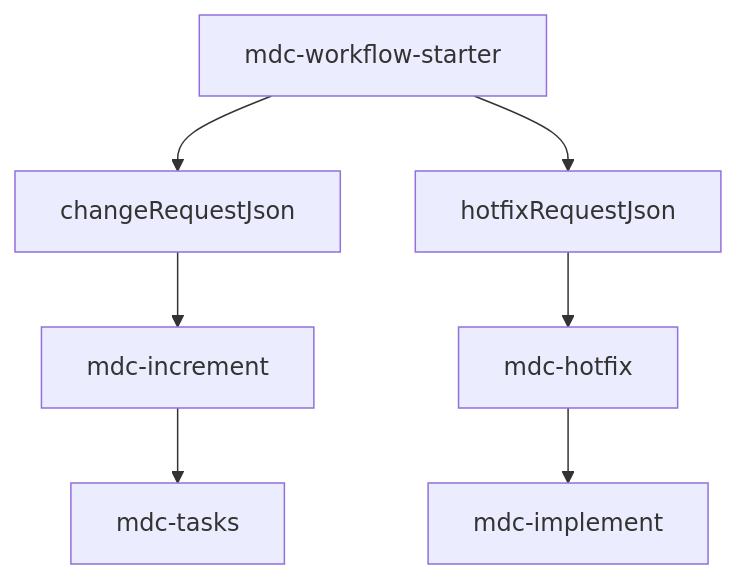
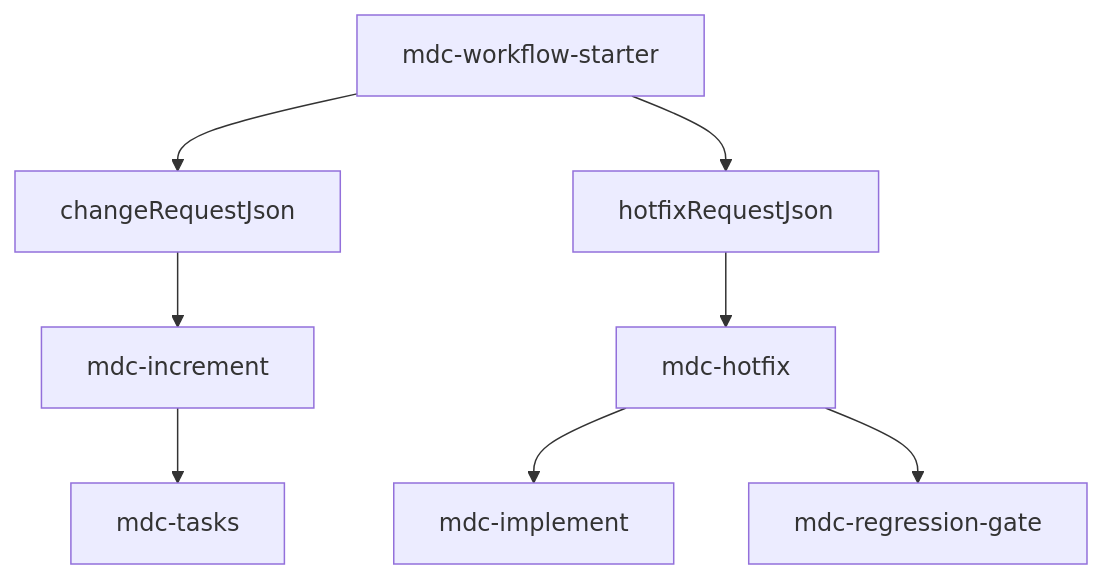
The third of 3 diagrams in workflow-skills/mdc-skills-design.md (hujianbest/garage-teams), drawn with Mermaid before and after one commit. The commit also changed other lines of this file and 14 other files, not shown here.

````diff
--- a/workflow-skills/mdc-skills-design.md
+++ b/workflow-skills/mdc-skills-design.md
@@ -540,17 +600,19 @@
 ```mermaid
 flowchart TD
     starter[mdc-workflow-starter]
     changeReq[changeRequestJson]
     hotfixReq[hotfixRequestJson]
     increment[mdc-increment]
     hotfix[mdc-hotfix]
     tasks[mdc-tasks]
     implement[mdc-implement]
+    regressionGate[mdc-regression-gate]
 
     starter --> changeReq
     starter --> hotfixReq
     changeReq --> increment
     increment --> tasks
     hotfixReq --> hotfix
     hotfix --> implement
+    hotfix --> regressionGate
 ```
````
